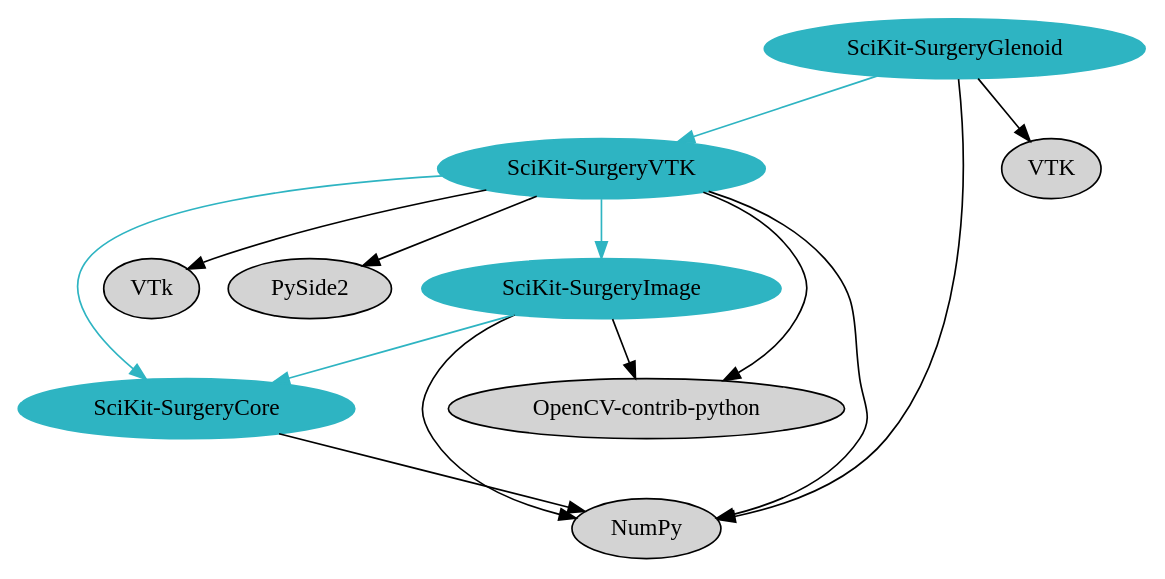
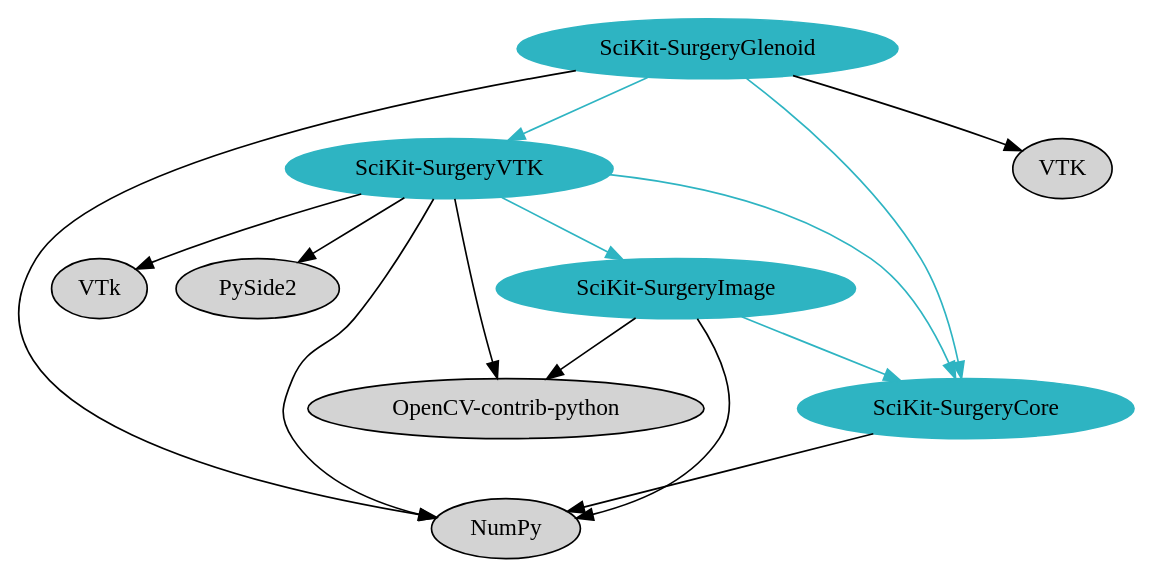
The diagram in docs/dependency_graph.dot (SciKit-Surgery/glenoidplanefitting), drawn with Graphviz before and after one commit. The commit also changed 6 other files, not shown here.

```diff
--- a/docs/dependency_graph.dot
+++ b/docs/dependency_graph.dot
@@ -1,24 +1,25 @@
 digraph prof {
 	ratio = fill;
 	node [style=filled];
 	"SciKit-SurgeryGlenoid" -> "NumPy";
 	"SciKit-SurgeryGlenoid" -> "SciKit-SurgeryVTK" [color="0.515 0.762 0.762"];
+	"SciKit-SurgeryGlenoid" -> "SciKit-SurgeryCore" [color="0.515 0.762 0.762"];
 	"SciKit-SurgeryGlenoid" -> "VTK";
 	
 	"SciKit-SurgeryVTK" -> "NumPy";
 	"SciKit-SurgeryVTK" -> "VTk";
 	"SciKit-SurgeryVTK" -> "PySide2";
 	"SciKit-SurgeryVTK" -> "OpenCV-contrib-python";
 	"SciKit-SurgeryVTK" -> "SciKit-SurgeryCore" [color="0.515 0.762 0.762"];
 	"SciKit-SurgeryVTK" -> "SciKit-SurgeryImage" [color="0.515 0.762 0.762"];
 
 	"SciKit-SurgeryImage" -> "NumPy";
 	"SciKit-SurgeryImage" -> "OpenCV-contrib-python";
 	"SciKit-SurgeryImage" -> "SciKit-SurgeryCore" [color="0.515 0.762 0.762"];
 	"SciKit-SurgeryCore" -> "NumPy";
 
 "SciKit-SurgeryGlenoid" [color="0.515 0.762 0.762"];
 "SciKit-SurgeryVTK"[color="0.515 0.762 0.762"];
 "SciKit-SurgeryImage"[color="0.515 0.762 0.762"];
 "SciKit-SurgeryCore"[color="0.515 0.762 0.762"];
 } 
```
